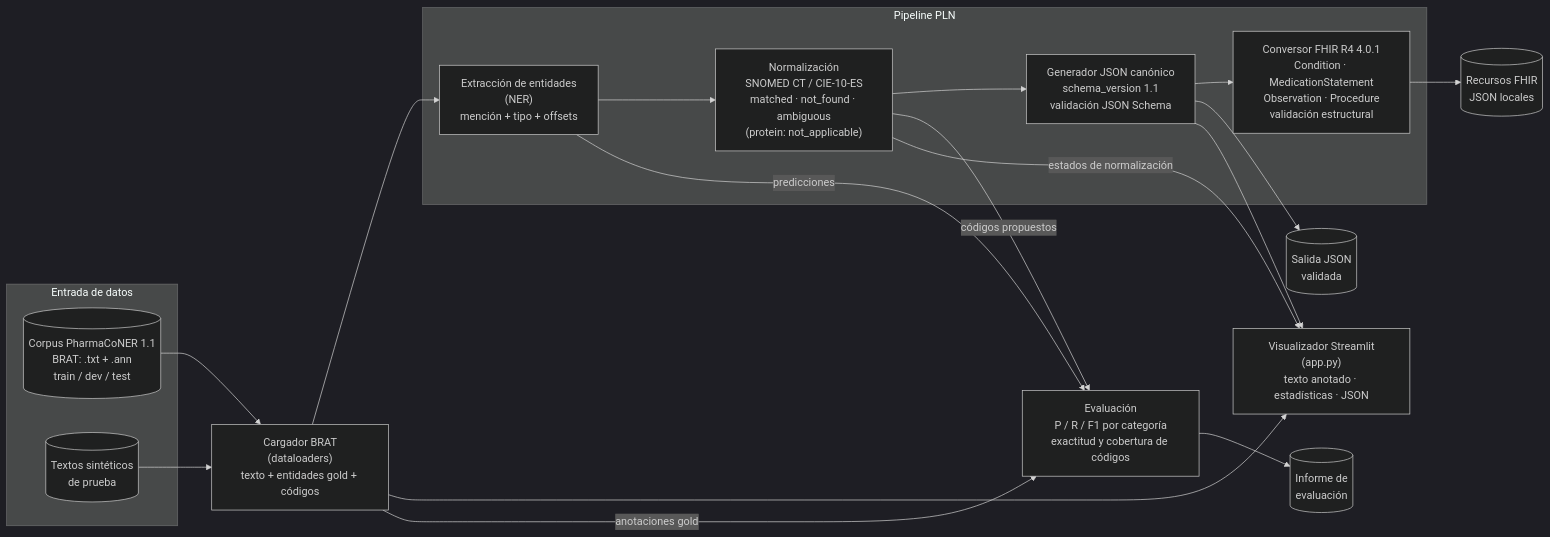
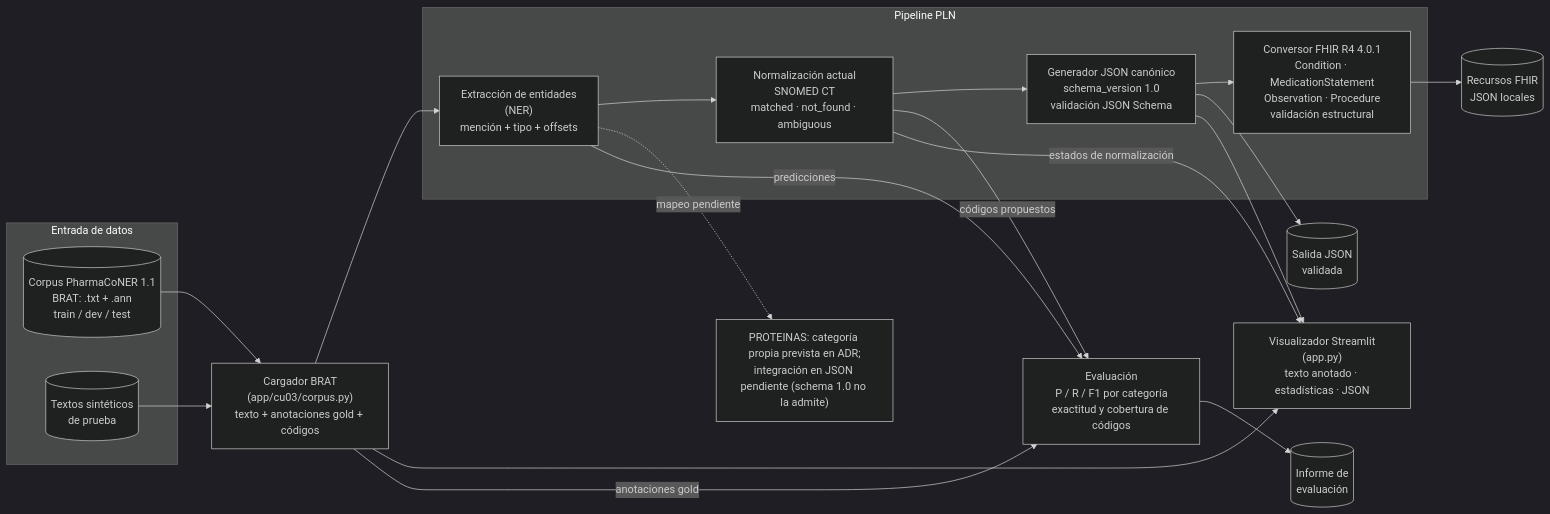
Before and after one commit to Lucas-ao35/PIIA-II: the diagram in ARCHITECTURE.md, drawn with Mermaid (dark theme). The commit also changed other lines of this file, not shown here.

Commit message:
docs: revisar ARCHITECTURE.md

````diff
--- a/ARCHITECTURE.md
+++ b/ARCHITECTURE.md
@@ -20,39 +20,41 @@
 ```mermaid
 flowchart LR
     subgraph IN ["Entrada de datos"]
         CORPUS[("Corpus PharmaCoNER 1.1<br/>BRAT: .txt + .ann<br/>train / dev / test")]
         SINT[("Textos sintéticos<br/>de prueba")]
     end
 
-    LOADER["Cargador BRAT<br/>(dataloaders)<br/>texto + entidades gold + códigos"]
+    LOADER["Cargador BRAT<br/>(app/cu03/corpus.py)<br/>texto + anotaciones gold + códigos"]
 
     subgraph PIPE ["Pipeline PLN"]
         NER["Extracción de entidades<br/>(NER)<br/>mención + tipo + offsets"]
-        NORM["Normalización<br/>SNOMED CT / CIE-10-ES<br/>matched · not_found · ambiguous<br/>(protein: not_applicable)"]
-        JSONGEN["Generador JSON canónico<br/>schema_version 1.1<br/>validación JSON Schema"]
+        NORM["Normalización actual<br/>SNOMED CT<br/>matched · not_found · ambiguous"]
+        JSONGEN["Generador JSON canónico<br/>schema_version 1.0<br/>validación JSON Schema"]
         FHIRGEN["Conversor FHIR R4 4.0.1<br/>Condition · MedicationStatement<br/>Observation · Procedure<br/>validación estructural"]
     end
 
     EVAL["Evaluación<br/>P / R / F1 por categoría<br/>exactitud y cobertura de códigos"]
     UI["Visualizador Streamlit<br/>(app.py)<br/>texto anotado · estadísticas · JSON"]
 
     OUTJ[("Salida JSON<br/>validada")]
     OUTF[("Recursos FHIR<br/>JSON locales")]
     OUTR[("Informe de<br/>evaluación")]
 
     CORPUS --> LOADER
     SINT --> LOADER
     LOADER --> NER
     LOADER --> UI
     NER --> NORM
     NORM --> JSONGEN
+    NOTE["PROTEINAS: categoría propia prevista en ADR;<br/>integración en JSON pendiente (schema 1.0 no la admite)"]
+    NER -. "mapeo pendiente" .-> NOTE
     JSONGEN --> FHIRGEN
     JSONGEN --> OUTJ
     FHIRGEN --> OUTF
     LOADER -- "anotaciones gold" --> EVAL
     NER -- "predicciones" --> EVAL
     NORM -- "códigos propuestos" --> EVAL
     NORM -- "estados de normalización" --> UI
     JSONGEN --> UI
     EVAL --> OUTR
 ```
````
